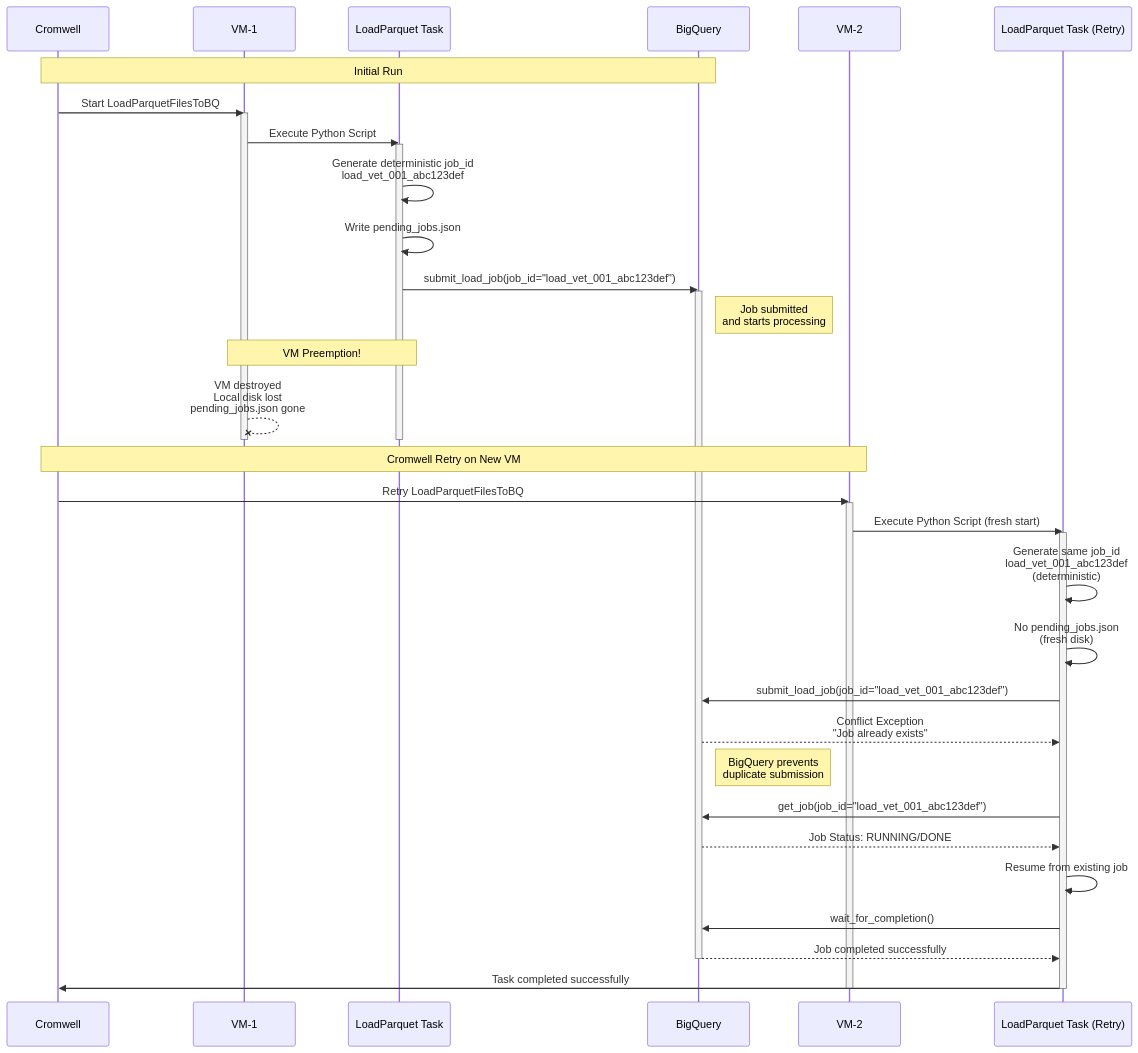
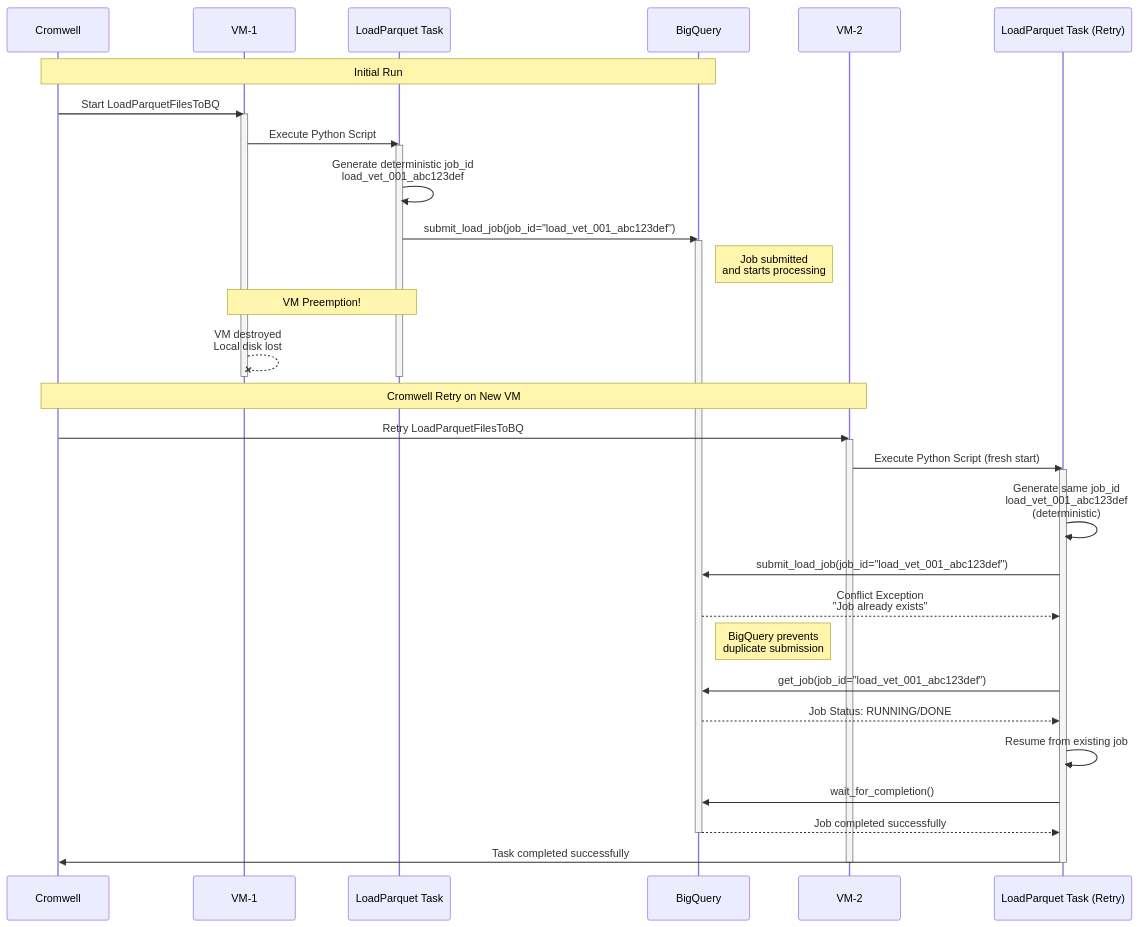
The third of 5 diagrams in scripts/variantstore/docs/parquet/parquet_loading_fault_tolerance_uml.md (broadinstitute/gatk), drawn with Mermaid before and after one commit. The commit also changed other lines of this file and 6 other files, not shown here.

Commit message:
Remove the illusion of stateful pending jobs [VS-1839]

````diff
--- a/scripts/variantstore/docs/parquet/parquet_loading_fault_tolerance_uml.md
+++ b/scripts/variantstore/docs/parquet/parquet_loading_fault_tolerance_uml.md
@@ -136,50 +135,48 @@
 ```mermaid
 sequenceDiagram
     participant C as Cromwell
     participant V1 as VM-1
     participant L1 as LoadParquet Task
     participant BQ as BigQuery
     participant V2 as VM-2
     participant L2 as LoadParquet Task (Retry)
 
     Note over C,BQ: Initial Run
     C->>V1: Start LoadParquetFilesToBQ
     activate V1
     V1->>L1: Execute Python Script
     activate L1
     
     L1->>L1: Generate deterministic job_id<br/>load_vet_001_abc123def
-    L1->>L1: Write pending_jobs.json
     L1->>BQ: submit_load_job(job_id="load_vet_001_abc123def")
     activate BQ
     Note right of BQ: Job submitted<br/>and starts processing
     
     Note over V1,L1: VM Preemption!
-    V1--xV1: VM destroyed<br/>Local disk lost<br/>pending_jobs.json gone
+    V1--xV1: VM destroyed<br/>Local disk lost
     deactivate L1
     deactivate V1
     
     Note over C,V2: Cromwell Retry on New VM
     C->>V2: Retry LoadParquetFilesToBQ
     activate V2
     V2->>L2: Execute Python Script (fresh start)
     activate L2
     
     L2->>L2: Generate same job_id<br/>load_vet_001_abc123def<br/>(deterministic)
-    L2->>L2: No pending_jobs.json<br/>(fresh disk)
     
     L2->>BQ: submit_load_job(job_id="load_vet_001_abc123def")
     BQ-->>L2: Conflict Exception<br/>"Job already exists"
     Note right of BQ: BigQuery prevents<br/>duplicate submission
     
     L2->>BQ: get_job(job_id="load_vet_001_abc123def")
     BQ-->>L2: Job Status: RUNNING/DONE
     L2->>L2: Resume from existing job
     L2->>BQ: wait_for_completion()
     BQ-->>L2: Job completed successfully
     deactivate BQ
     
     L2->>C: Task completed successfully
     deactivate L2
     deactivate V2
 ```
````
